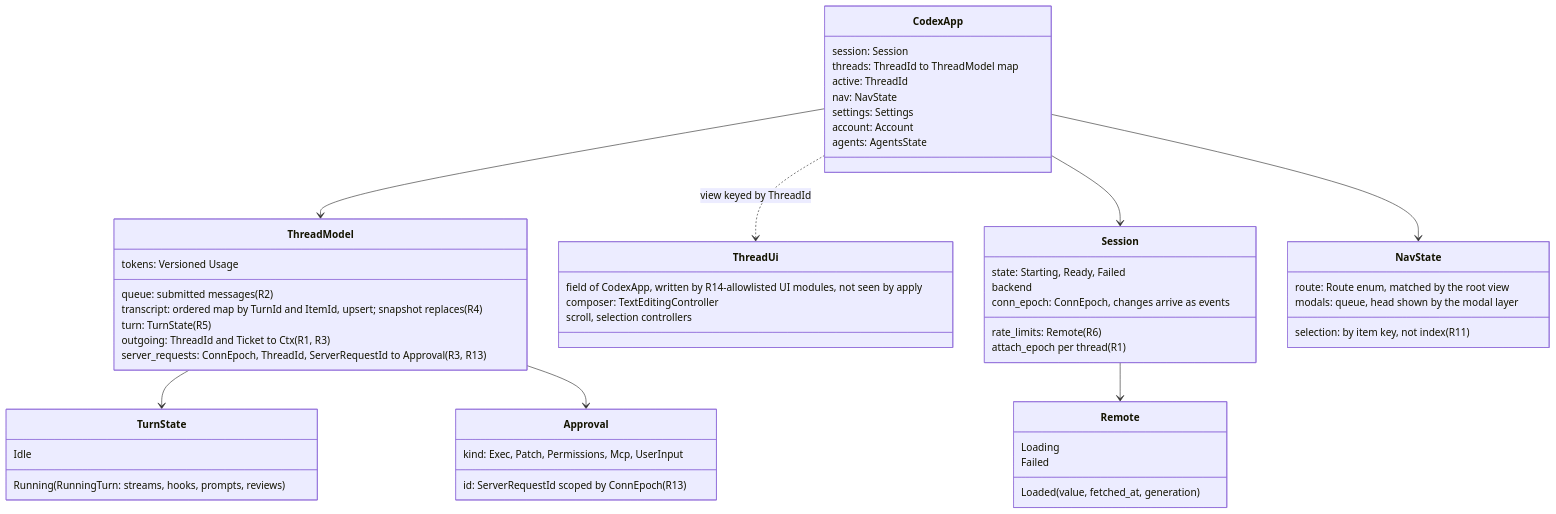
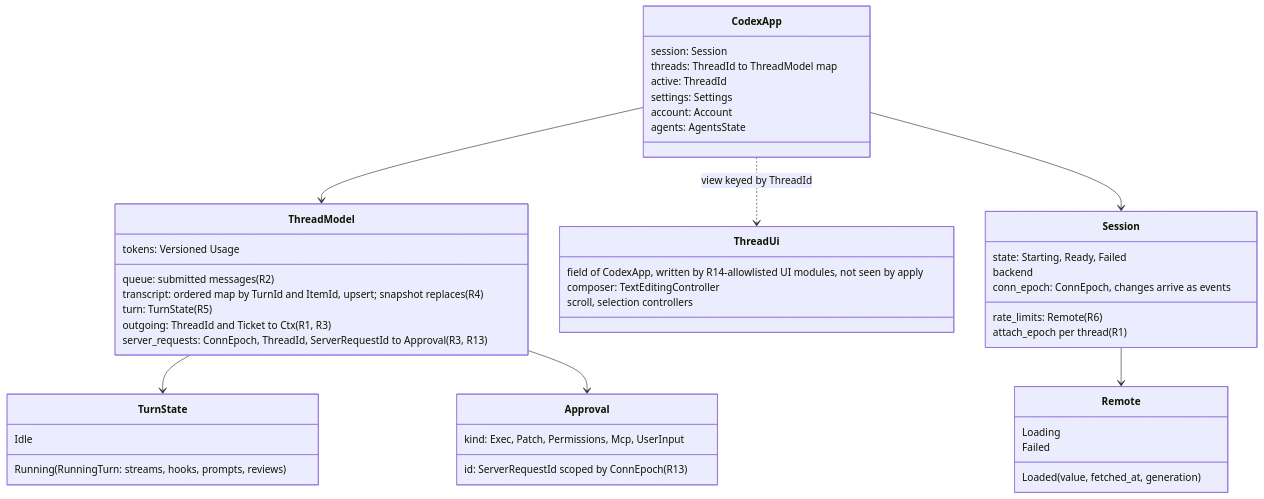
The sixth of 11 diagrams in docs/rtwk-port/design.md (Maryarty/CodexCLI), drawn with Mermaid before and after one commit. The commit also changed other lines of this file and 4 other files, not shown here.

````diff
--- a/docs/rtwk-port/design.md
+++ b/docs/rtwk-port/design.md
@@ -156,57 +157,50 @@
 ```mermaid
 classDiagram
   class CodexApp {
     session: Session
     threads: ThreadId to ThreadModel map
     active: ThreadId
-    nav: NavState
     settings: Settings
     account: Account
     agents: AgentsState
   }
   class ThreadModel {
     queue: submitted messages (R2)
     transcript: ordered map by TurnId and ItemId, upsert; snapshot replaces (R4)
     turn: TurnState (R5)
     outgoing: ThreadId and Ticket to Ctx (R1, R3)
     server_requests: ConnEpoch, ThreadId, ServerRequestId to Approval (R3, R13)
     tokens: Versioned Usage
   }
   class ThreadUi {
     field of CodexApp, written by R14-allowlisted UI modules, not seen by apply
     composer: TextEditingController
     scroll, selection controllers
   }
   class TurnState {
     Idle
     Running(RunningTurn: streams, hooks, prompts, reviews)
   }
   class Remote {
     Loading
     Loaded(value, fetched_at, generation)
     Failed
   }
   class Approval {
     id: ServerRequestId scoped by ConnEpoch (R13)
     kind: Exec, Patch, Permissions, Mcp, UserInput
   }
   class Session {
     state: Starting, Ready, Failed
     backend
     conn_epoch: ConnEpoch, changes arrive as events
     rate_limits: Remote (R6)
     attach_epoch per thread (R1)
   }
-  class NavState {
-    route: Route enum, matched by the root view
-    modals: queue, head shown by the modal layer
-    selection: by item key, not index (R11)
-  }
   CodexApp --> ThreadModel
   ThreadModel --> TurnState
   ThreadModel --> Approval
   CodexApp ..> ThreadUi : view keyed by ThreadId
   CodexApp --> Session
   Session --> Remote
-  CodexApp --> NavState
 ```
````
